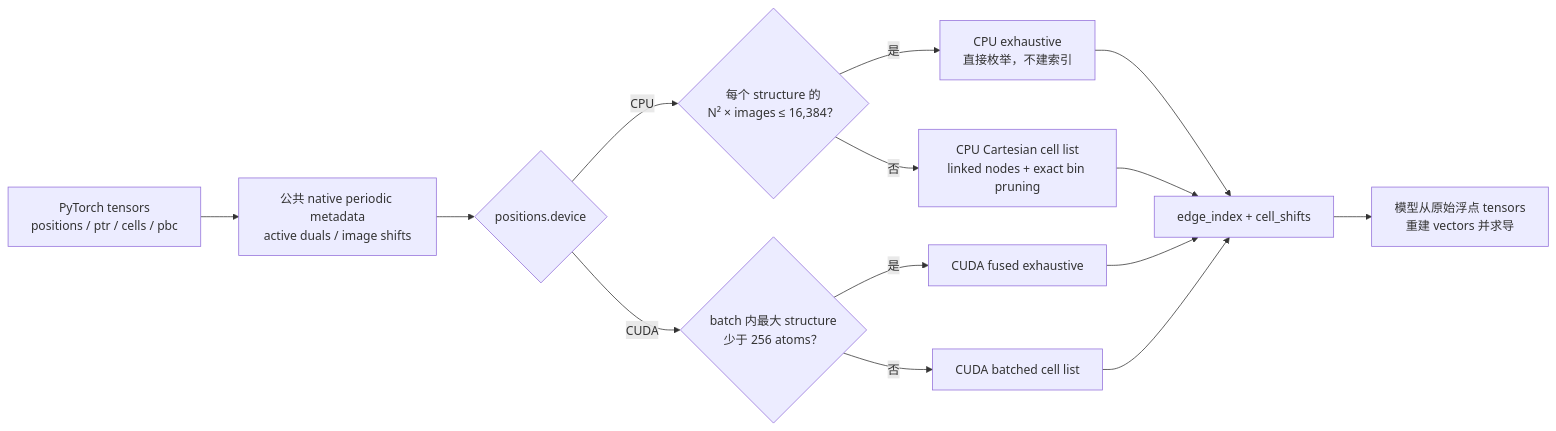
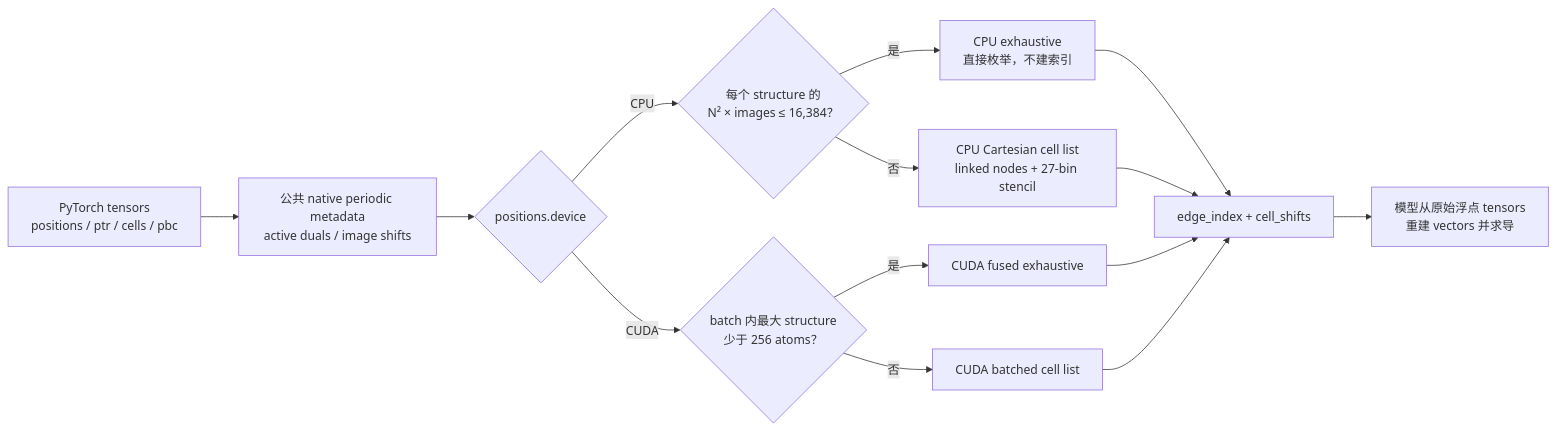
One commit to songfeitong/tonari changed the diagram in docs/algorithm-overview.md. Above: the diagram before and after it, drawn with Mermaid. The commit also changed other lines of this file and 5 other files, not shown here.

````diff
--- a/docs/algorithm-overview.md
+++ b/docs/algorithm-overview.md
@@ -21,16 +21,16 @@
 ```mermaid
 flowchart LR
     A["PyTorch tensors<br/>positions / ptr / cells / pbc"] --> B["公共 native periodic metadata<br/>active duals / image shifts"]
     B --> C{"positions.device"}
     C -- "CPU" --> D{"每个 structure 的<br/>N² × images ≤ 16,384？"}
     D -- "是" --> E["CPU exhaustive<br/>直接枚举，不建索引"]
-    D -- "否" --> F["CPU Cartesian cell list<br/>linked nodes + exact bin pruning"]
+    D -- "否" --> F["CPU Cartesian cell list<br/>linked nodes + 27-bin stencil"]
     C -- "CUDA" --> G{"batch 内最大 structure<br/>少于 256 atoms？"}
     G -- "是" --> H["CUDA fused exhaustive"]
     G -- "否" --> I["CUDA batched cell list"]
     E --> J["edge_index + cell_shifts"]
     F --> J
     H --> J
     I --> J
     J --> K["模型从原始浮点 tensors<br/>重建 vectors 并求导"]
 ```
````
